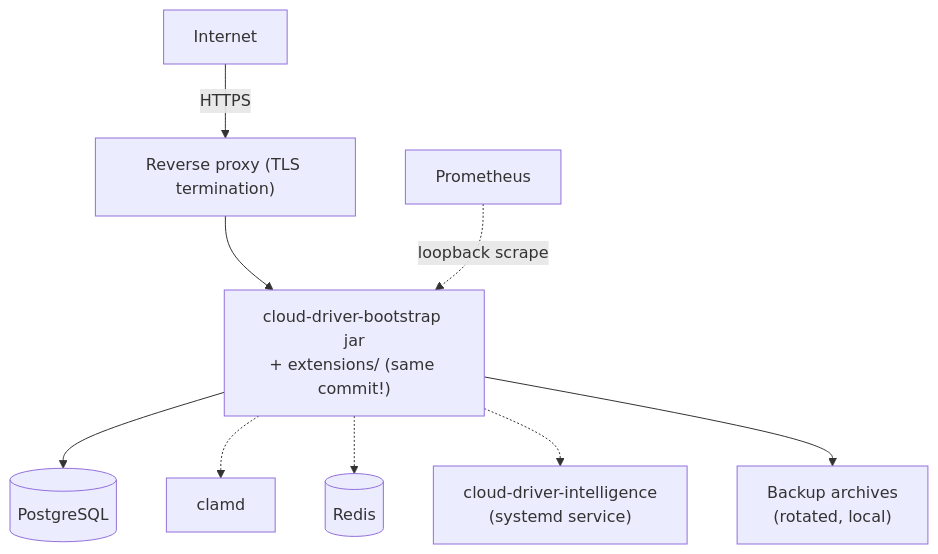
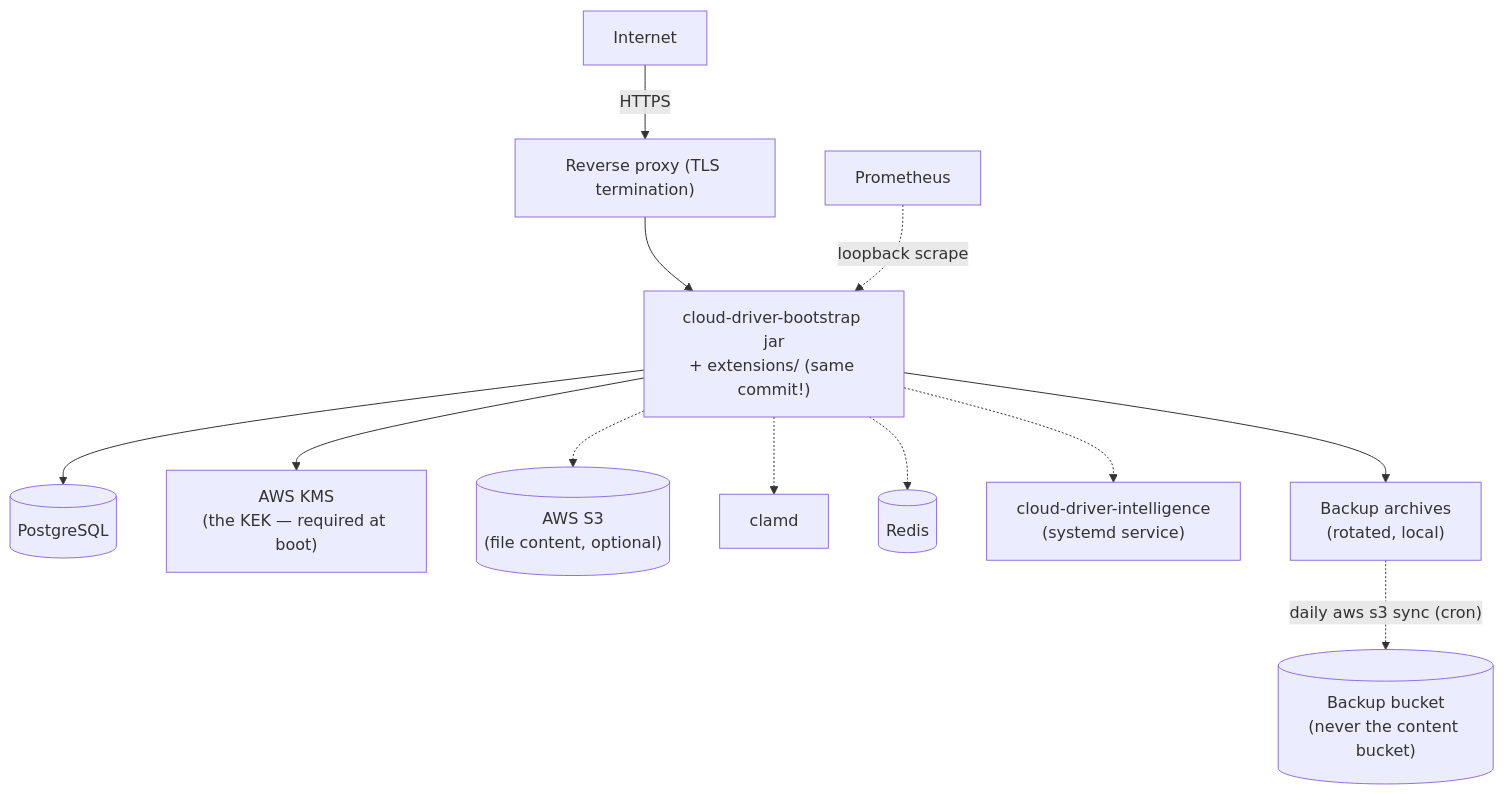
The first of 2 diagrams in docs/deployment.md (linoalessio/cloud-driver), drawn with Mermaid before and after one commit. The commit also changed other lines of this file and 78 other files, not shown here.

Commit message:
Docs: refresh README.md and docs/ against the current code, diagrams include

````diff
--- a/docs/deployment.md
+++ b/docs/deployment.md
@@ -5,11 +5,14 @@
 ```mermaid
 flowchart TD
     NET["Internet"] -->|HTTPS| PROXY["Reverse proxy (TLS termination)"]
     PROXY --> APP["cloud-driver-bootstrap jar<br/>+ extensions/ (same commit!)"]
     APP --> PG[("PostgreSQL")]
+    APP --> KMS["AWS KMS<br/>(the KEK — required at boot)"]
+    APP -.-> S3[("AWS S3<br/>(file content, optional)")]
     APP -.-> CLAM["clamd"]
     APP -.-> REDIS[("Redis")]
     APP -.-> INTEL["cloud-driver-intelligence<br/>(systemd service)"]
     APP --> BK["Backup archives<br/>(rotated, local)"]
+    BK -.->|"daily aws s3 sync (cron)"| BKB[("Backup bucket<br/>(never the content bucket)")]
     PROM["Prometheus"] -.->|"loopback scrape"| APP
 ```
````
